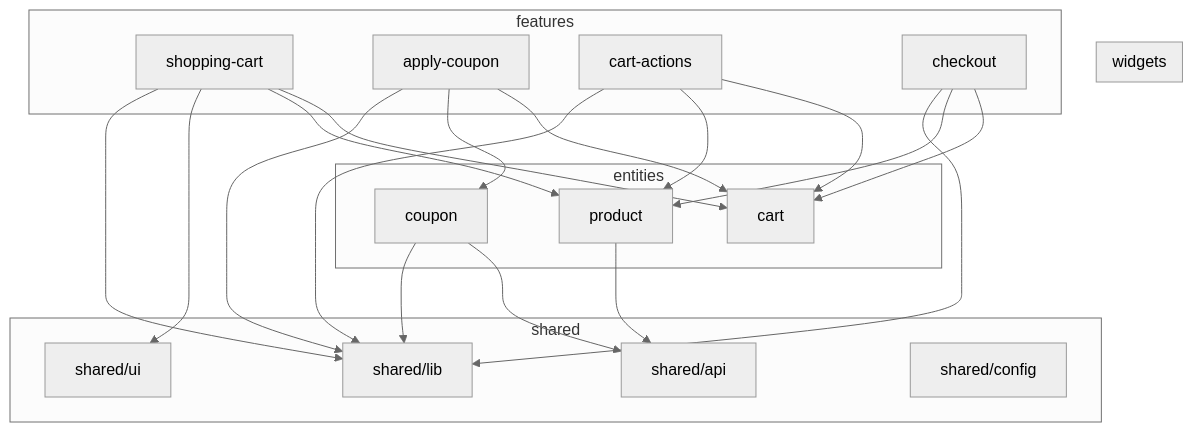
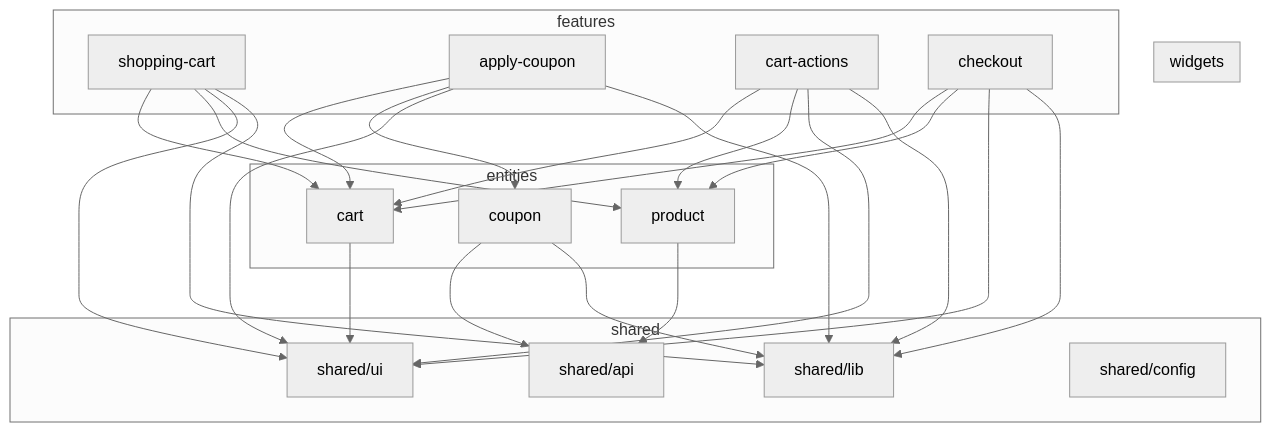
The second of 2 diagrams in ARCHITECTURE.md (PavelPetrovich87/fsd-shopping-cart), drawn with Mermaid (neutral theme) before and after one commit.

Commit message:
docs(architecture): document shared/ui dependencies for cart features

````diff
--- a/ARCHITECTURE.md
+++ b/ARCHITECTURE.md
@@ -65,42 +65,46 @@
 ```mermaid
 graph TD
     subgraph widgets
     end
 
     subgraph features
         shopping-cart
         apply-coupon
         cart-actions
         checkout
     end
 
     subgraph entities
         product
         cart
         coupon
     end
 
     subgraph shared
         shared/ui
         shared/lib
         shared/api
         shared/config
     end
 
     shopping-cart --> cart
     shopping-cart --> product
     shopping-cart --> shared/ui
     shopping-cart --> shared/lib
     apply-coupon --> cart
     apply-coupon --> coupon
+    apply-coupon --> shared/ui
     apply-coupon --> shared/lib
     cart-actions --> cart
     cart-actions --> product
+    cart-actions --> shared/ui
     cart-actions --> shared/lib
     checkout --> cart
     checkout --> product
+    checkout --> shared/ui
     checkout --> shared/lib
     product --> shared/api
     coupon --> shared/api
     coupon --> shared/lib
+    cart --> shared/ui
 ```
````
